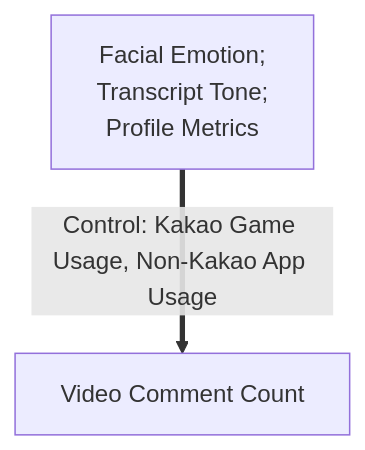
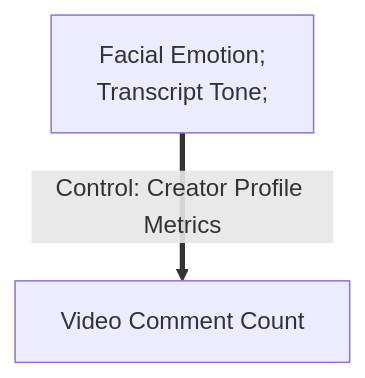
One commit to Nicole-wqx/TikTok-Viral-Videos changed the diagram in README.md. Above: the diagram before and after it, drawn with Mermaid. The commit also changed other lines of this file and 4 other files, not shown here.

````diff
--- a/README.md
+++ b/README.md
@@ -8,8 +8,7 @@
 ```mermaid
 graph TD
 A[Facial Emotion;
-Transcript Tone;
-Profile Metrics]
+Transcript Tone;]
 B[Video Comment Count]
-A ==Control: Kakao Game Usage, Non-Kakao App Usage==> B
+A ==Control: Creator Profile Metrics==> B
 ```
````
